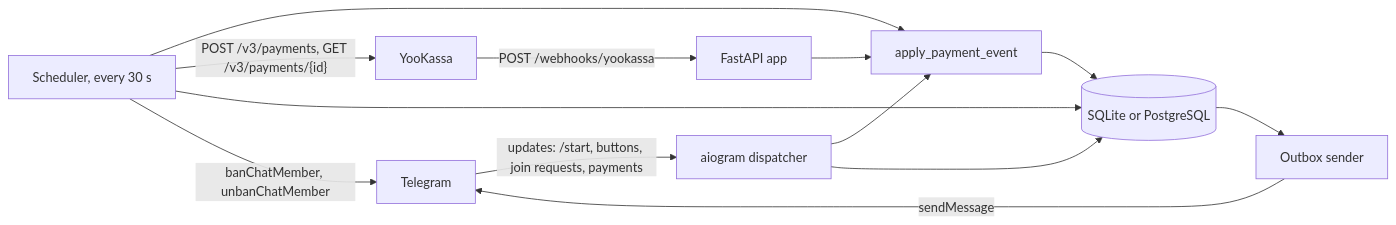
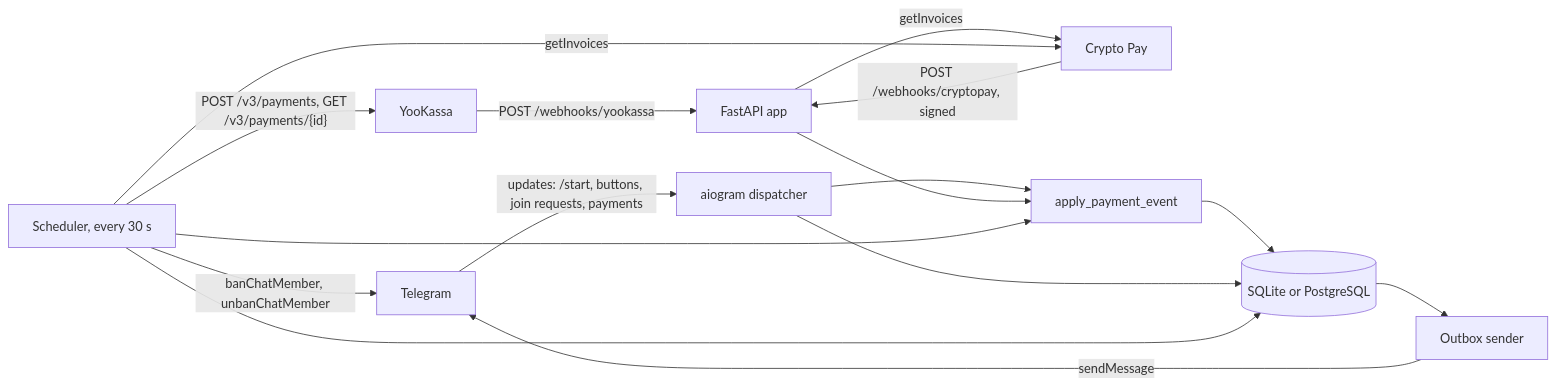
Before and after one commit to sinnercode228/tg-paid-club: the first of 3 diagrams in docs/architecture.md, drawn with Mermaid. The commit also changed other lines of this file and 2 other files, not shown here.

First line of the commit message:
Describe Crypto Pay in the READMEs and docs/architecture.md, and USDT to a TON wallet as the next step

````diff
--- a/docs/architecture.md
+++ b/docs/architecture.md
@@ -9,15 +9,18 @@
 ```mermaid
 flowchart LR
     TG["Telegram"] -- "updates: /start, buttons, join requests, payments" --> BOT["aiogram dispatcher"]
     YK["YooKassa"] -- "POST /webhooks/yookassa" --> WEB["FastAPI app"]
+    CP["Crypto Pay"] -- "POST /webhooks/cryptopay, signed" --> WEB
+    WEB -- "getInvoices" --> CP
     BOT --> PAY["apply_payment_event"]
     WEB --> PAY
     SCH["Scheduler, every 30 s"] --> PAY
     SCH -- "POST /v3/payments, GET /v3/payments/{id}" --> YK
+    SCH -- "getInvoices" --> CP
     PAY --> DB[("SQLite or PostgreSQL")]
     BOT --> DB
     SCH --> DB
     SCH -- "banChatMember, unbanChatMember" --> TG
     DB --> OUT["Outbox sender"]
     OUT -- "sendMessage" --> TG
 ```
````
